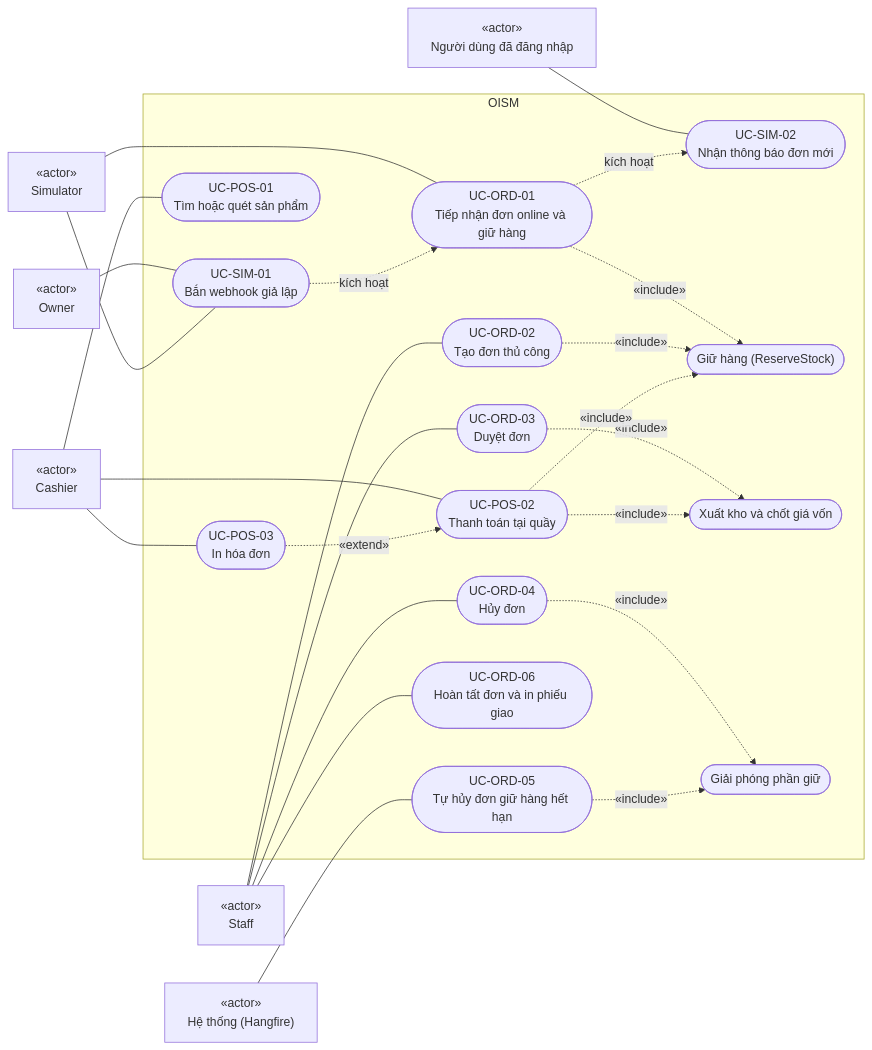
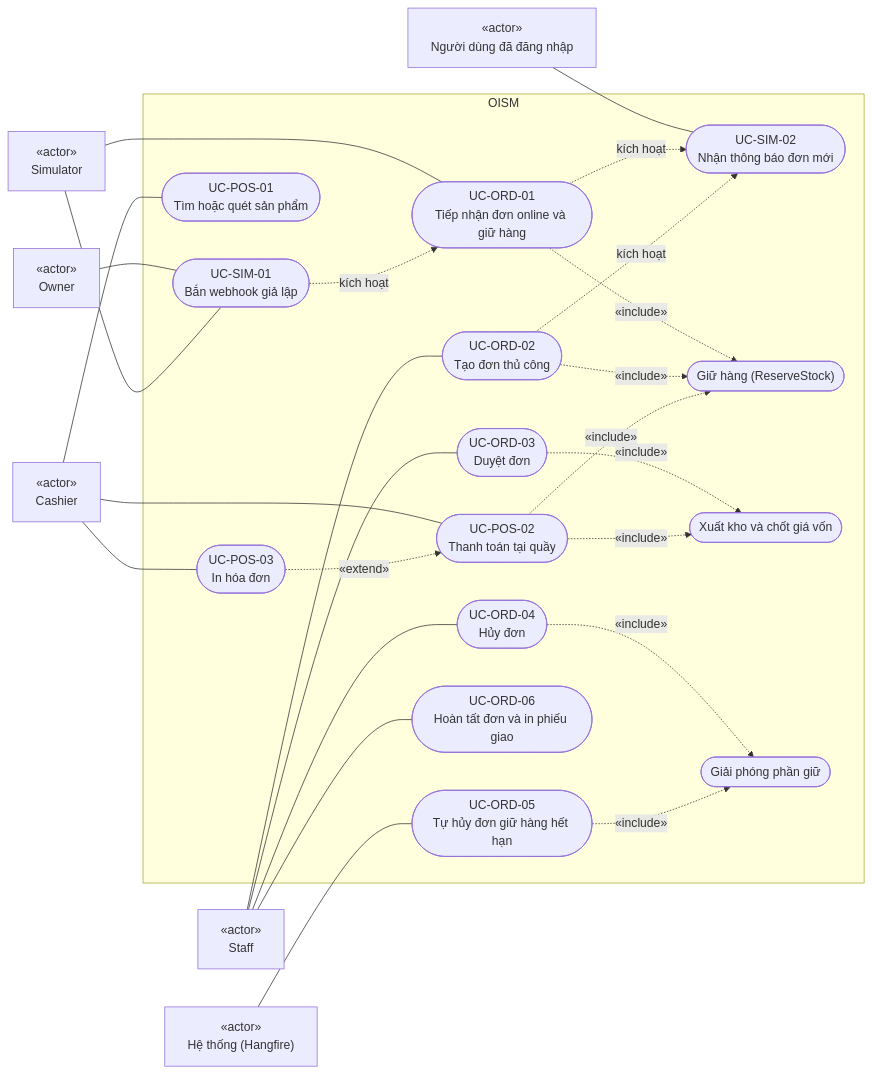
One commit to kapfm789/XDPMOOP changed the seventh of 12 diagrams in docs/requirements/srs.md. Above: the diagram before and after it, drawn with Mermaid. The commit also changed other lines of this file, not shown here.

````diff
--- a/docs/requirements/srs.md
+++ b/docs/requirements/srs.md
@@ -445,50 +448,51 @@
 ```mermaid
 flowchart LR
   owner["«actor»<br/>Owner"]
   staff["«actor»<br/>Staff"]
   cashier["«actor»<br/>Cashier"]
   user["«actor»<br/>Người dùng đã đăng nhập"]
   sim["«actor»<br/>Simulator"]
   sys["«actor»<br/>Hệ thống (Hangfire)"]
 
   subgraph OISM
     s1(["UC-SIM-01<br/>Bắn webhook giả lập"])
     o1(["UC-ORD-01<br/>Tiếp nhận đơn online và giữ hàng"])
     o2(["UC-ORD-02<br/>Tạo đơn thủ công"])
     o3(["UC-ORD-03<br/>Duyệt đơn"])
     o4(["UC-ORD-04<br/>Hủy đơn"])
     o5(["UC-ORD-05<br/>Tự hủy đơn giữ hàng hết hạn"])
     o6(["UC-ORD-06<br/>Hoàn tất đơn và in phiếu giao"])
     c1(["UC-POS-01<br/>Tìm hoặc quét sản phẩm"])
     c2(["UC-POS-02<br/>Thanh toán tại quầy"])
     c3(["UC-POS-03<br/>In hóa đơn"])
     s2(["UC-SIM-02<br/>Nhận thông báo đơn mới"])
     rs(["Giữ hàng (ReserveStock)"])
     cs(["Xuất kho và chốt giá vốn"])
     rl(["Giải phóng phần giữ"])
   end
 
   owner --- s1
   sim --- s1
   sim --- o1
   staff --- o2
   staff --- o3
   staff --- o4
   staff --- o6
   sys --- o5
   cashier --- c1
   cashier --- c2
   cashier --- c3
   user --- s2
 
   s1 -. kích hoạt .-> o1
   o1 -. «include» .-> rs
   o2 -. «include» .-> rs
   o3 -. «include» .-> cs
   o4 -. «include» .-> rl
   o5 -. «include» .-> rl
   c2 -. «include» .-> rs
   c2 -. «include» .-> cs
   c3 -. «extend» .-> c2
   o1 -. kích hoạt .-> s2
+  o2 -. kích hoạt .-> s2
 ```
````
